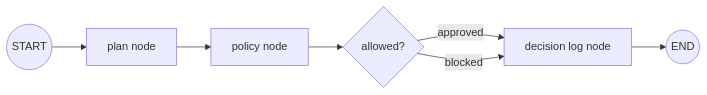
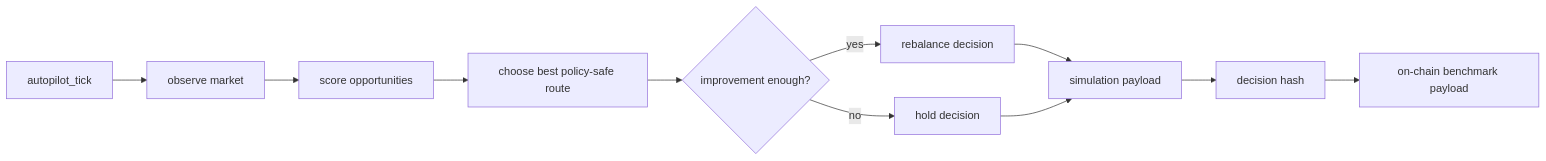
Before and after one commit to kikik27/gardenaz-agent: the second of 2 diagrams in README.md, drawn with Mermaid. The commit also changed other lines of this file, not shown here.

````diff
--- a/README.md
+++ b/README.md
@@ -112,9 +118,13 @@
 ```mermaid
 flowchart LR
-    START((START)) --> PLAN[plan node]
-    PLAN --> POLICY[policy node]
-    POLICY --> DECISION{allowed?}
-    DECISION -->|approved| LOG[decision log node]
-    DECISION -->|blocked| LOG
-    LOG --> END((END))
+    A[autopilot_tick] --> B[observe market]
+    B --> C[score opportunities]
+    C --> D[choose best policy-safe route]
+    D --> E{improvement enough?}
+    E -->|yes| F[rebalance decision]
+    E -->|no| G[hold decision]
+    F --> H[simulation payload]
+    G --> H
+    H --> I[decision hash]
+    I --> J[on-chain benchmark payload]
 ```
````
